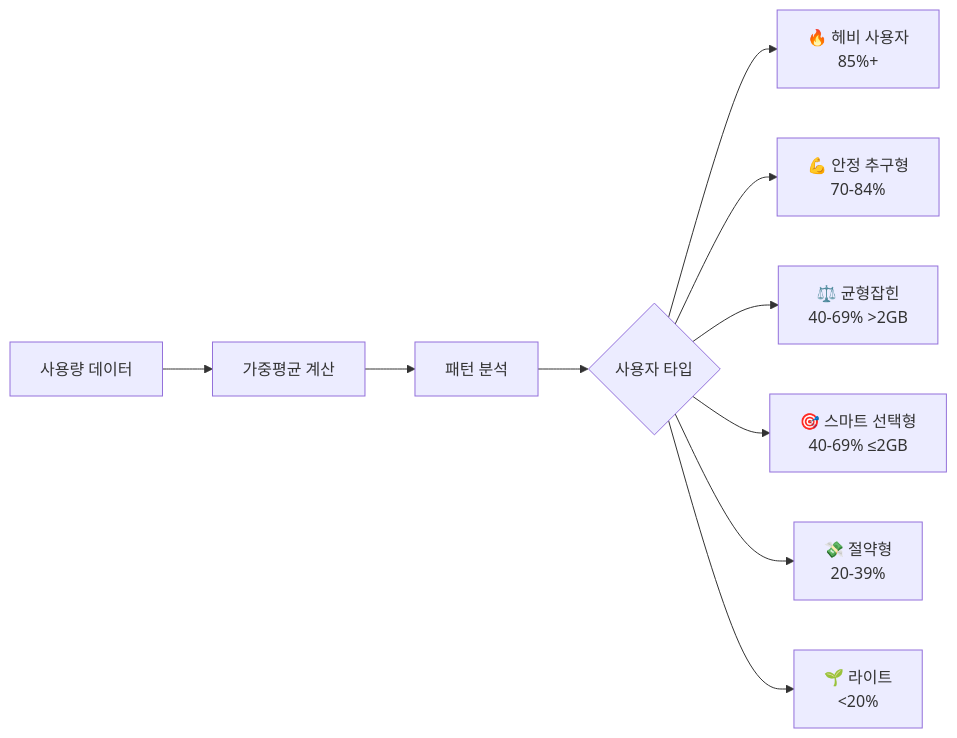
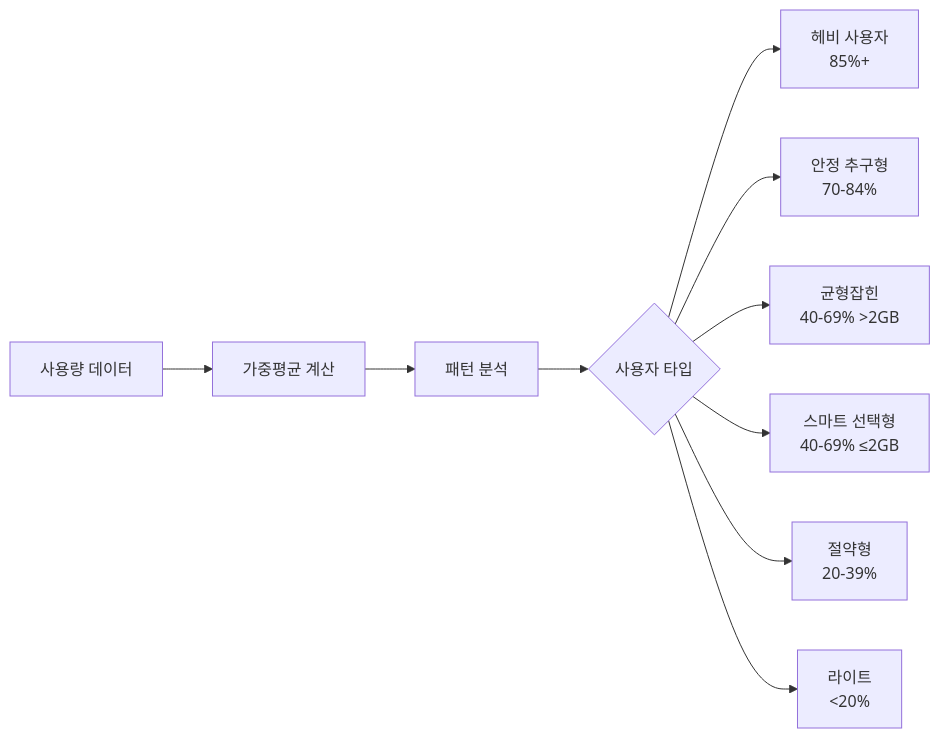
One commit to Ureca-Middle-Project-Team4/4EVER0-AI changed the fourth of 6 diagrams in README.md. Above: the diagram before and after it, drawn with Mermaid. The commit also changed other lines of this file and 6 other files, not shown here.

````diff
--- a/README.md
+++ b/README.md
@@ -194,13 +316,13 @@
 ```mermaid
 graph LR
     A[사용량 데이터] --> B[가중평균 계산]
     B --> C[패턴 분석]
     C --> D{사용자 타입}
     
-    D --> E[🔥 헤비 사용자<br/>85%+]
-    D --> F[💪 안정 추구형<br/>70-84%]
-    D --> G[⚖️ 균형잡힌<br/>40-69% >2GB]
-    D --> H[🎯 스마트 선택형<br/>40-69% ≤2GB]
-    D --> I[💸 절약형<br/>20-39%]
-    D --> J[🌱 라이트<br/><20%]
+    D --> E[헤비 사용자<br/>85%+]
+    D --> F[안정 추구형<br/>70-84%]
+    D --> G[균형잡힌<br/>40-69% >2GB]
+    D --> H[스마트 선택형<br/>40-69% ≤2GB]
+    D --> I[절약형<br/>20-39%]
+    D --> J[라이트<br/><20%]
 ```
````
